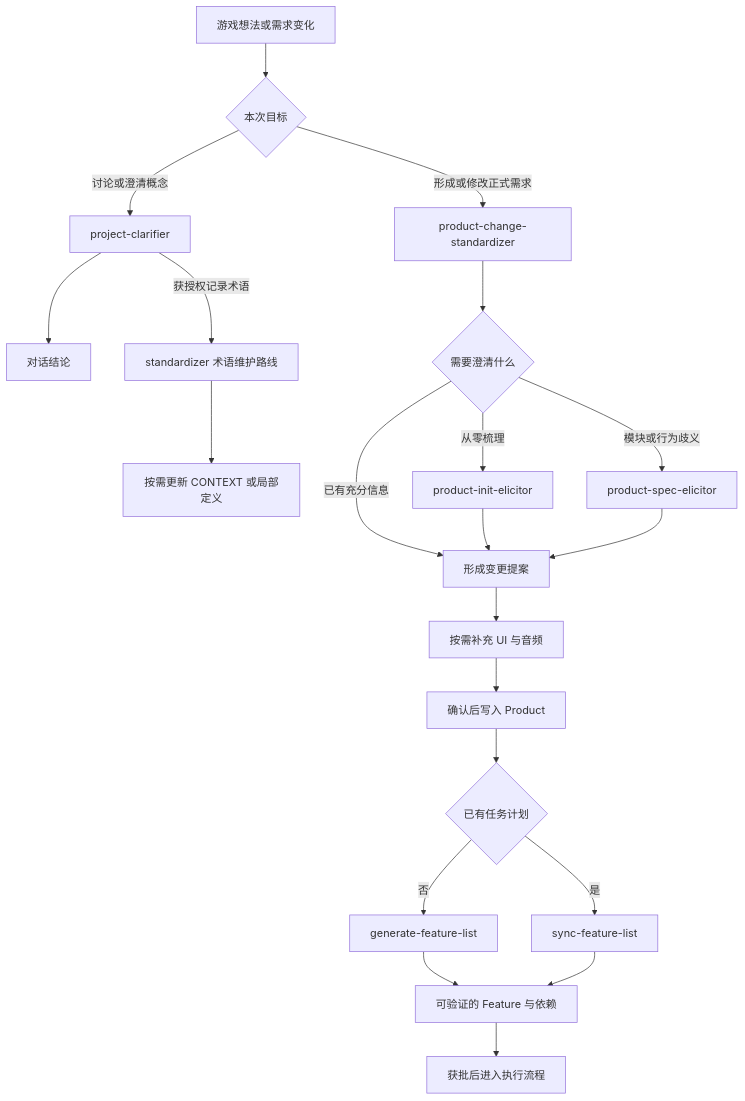
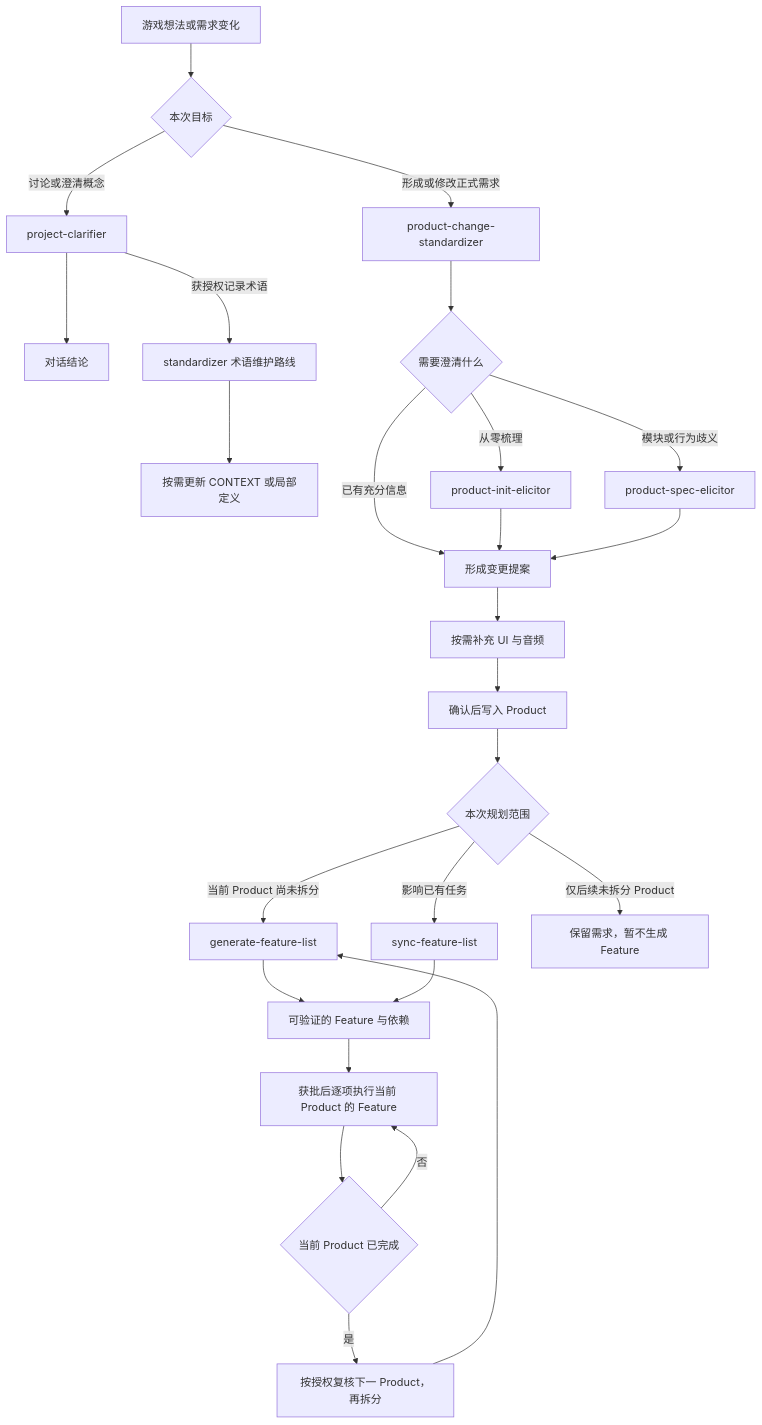
The first of 2 diagrams in framework/docs/blank-project/guides/product-and-planning.md (yxy823/Game_idle_yaya_frame), drawn with Mermaid before and after one commit. The commit also changed other lines of this file and 15 other files, not shown here.

First line of the commit message:
feat(planning): 按 Product 执行顺序逐个拆分 Feature

````diff
--- a/framework/docs/blank-project/guides/product-and-planning.md
+++ b/framework/docs/blank-project/guides/product-and-planning.md
@@ -22,23 +22,28 @@
 ```mermaid
 flowchart TD
     A[游戏想法或需求变化] --> Q{本次目标}
     Q -->|讨论或澄清概念| R[project-clarifier]
     R --> S[对话结论]
     R -->|获授权记录术语| T[standardizer 术语维护路线]
     T --> U[按需更新 CONTEXT 或局部定义]
     Q -->|形成或修改正式需求| B[product-change-standardizer]
     B --> C{需要澄清什么}
     C -->|从零梳理| D[product-init-elicitor]
     C -->|模块或行为歧义| E[product-spec-elicitor]
     C -->|已有充分信息| F[形成变更提案]
     D --> F
     E --> F
     F --> G[按需补充 UI 与音频]
     G --> H[确认后写入 Product]
-    H --> I{已有任务计划}
-    I -->|否| J[generate-feature-list]
-    I -->|是| K[sync-feature-list]
+    H --> I{本次规划范围}
+    I -->|当前 Product 尚未拆分| J[generate-feature-list]
+    I -->|影响已有任务| K[sync-feature-list]
+    I -->|仅后续未拆分 Product| N[保留需求，暂不生成 Feature]
     J --> L[可验证的 Feature 与依赖]
     K --> L
-    L --> M[获批后进入执行流程]
+    L --> M[获批后逐项执行当前 Product 的 Feature]
+    M --> O{当前 Product 已完成}
+    O -->|否| M
+    O -->|是| W[按授权复核下一 Product，再拆分]
+    W --> J
 ```
````
